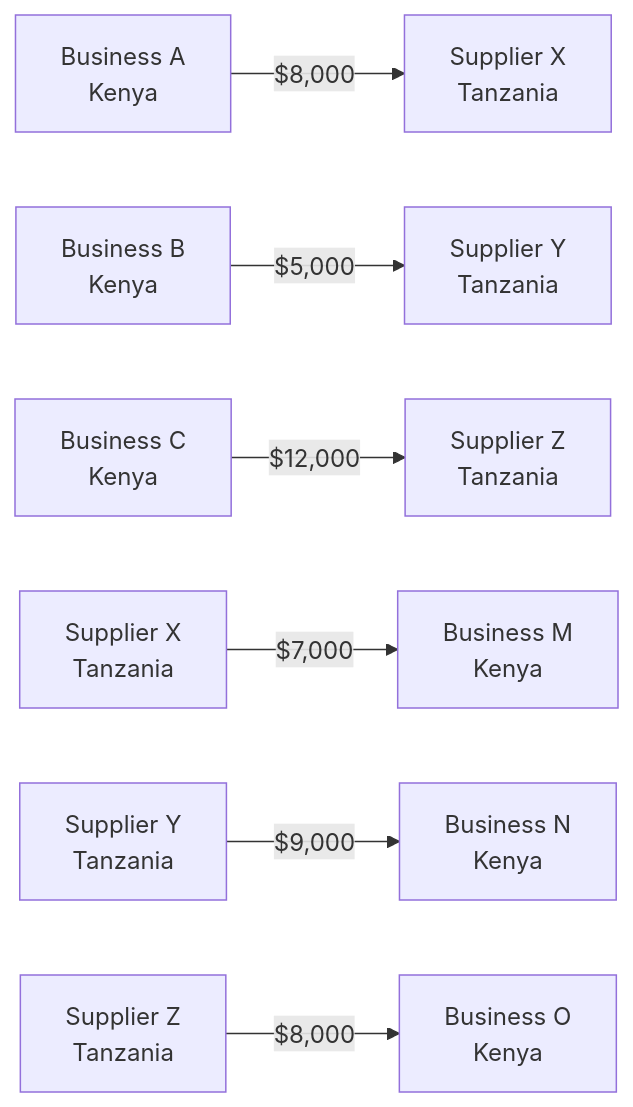
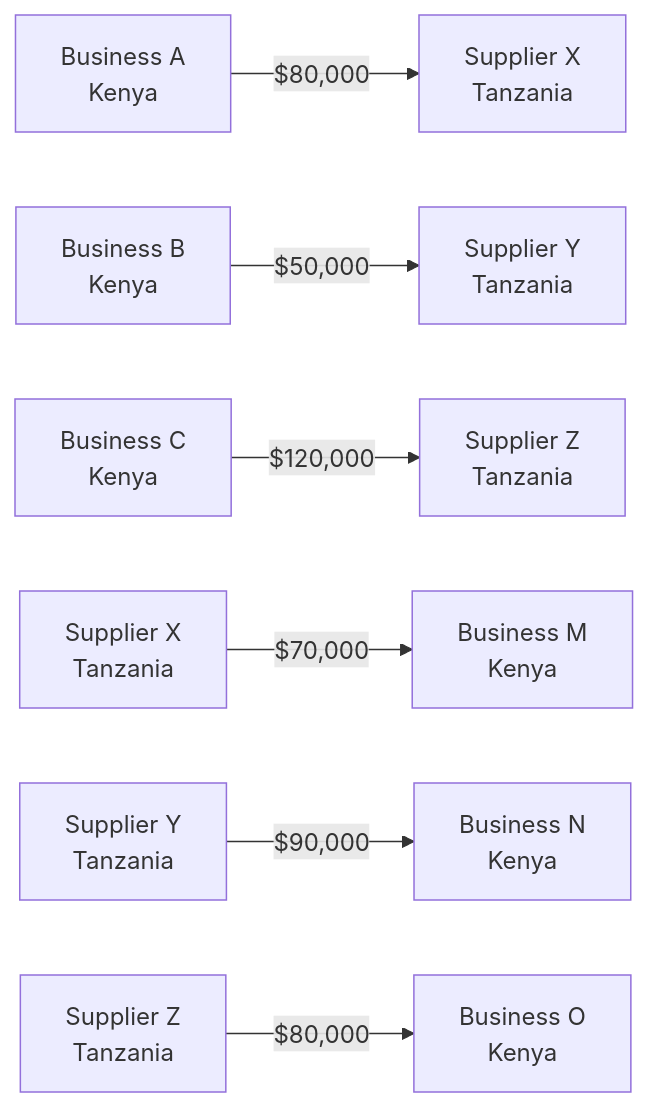
One commit to Rift-FI/rift-landing changed the second of 3 diagrams in src/content/blog/compressing-the-dollar.md. Above: the diagram before and after it, drawn with Mermaid. The commit also changed other lines of this file, not shown here.

````diff
--- a/src/content/blog/compressing-the-dollar.md
+++ b/src/content/blog/compressing-the-dollar.md
@@ -81,9 +87,9 @@
 ```mermaid
 flowchart LR
-    A["Business A<br/>Kenya"] -->|"$8,000"| X["Supplier X<br/>Tanzania"]
-    B["Business B<br/>Kenya"] -->|"$5,000"| Y["Supplier Y<br/>Tanzania"]
-    C["Business C<br/>Kenya"] -->|"$12,000"| Z["Supplier Z<br/>Tanzania"]
-    X2["Supplier X<br/>Tanzania"] -->|"$7,000"| M["Business M<br/>Kenya"]
-    Y2["Supplier Y<br/>Tanzania"] -->|"$9,000"| N["Business N<br/>Kenya"]
-    Z2["Supplier Z<br/>Tanzania"] -->|"$8,000"| O["Business O<br/>Kenya"]
+    A["Business A<br/>Kenya"] -->|"$80,000"| X["Supplier X<br/>Tanzania"]
+    B["Business B<br/>Kenya"] -->|"$50,000"| Y["Supplier Y<br/>Tanzania"]
+    C["Business C<br/>Kenya"] -->|"$120,000"| Z["Supplier Z<br/>Tanzania"]
+    X2["Supplier X<br/>Tanzania"] -->|"$70,000"| M["Business M<br/>Kenya"]
+    Y2["Supplier Y<br/>Tanzania"] -->|"$90,000"| N["Business N<br/>Kenya"]
+    Z2["Supplier Z<br/>Tanzania"] -->|"$80,000"| O["Business O<br/>Kenya"]
 ```
````
